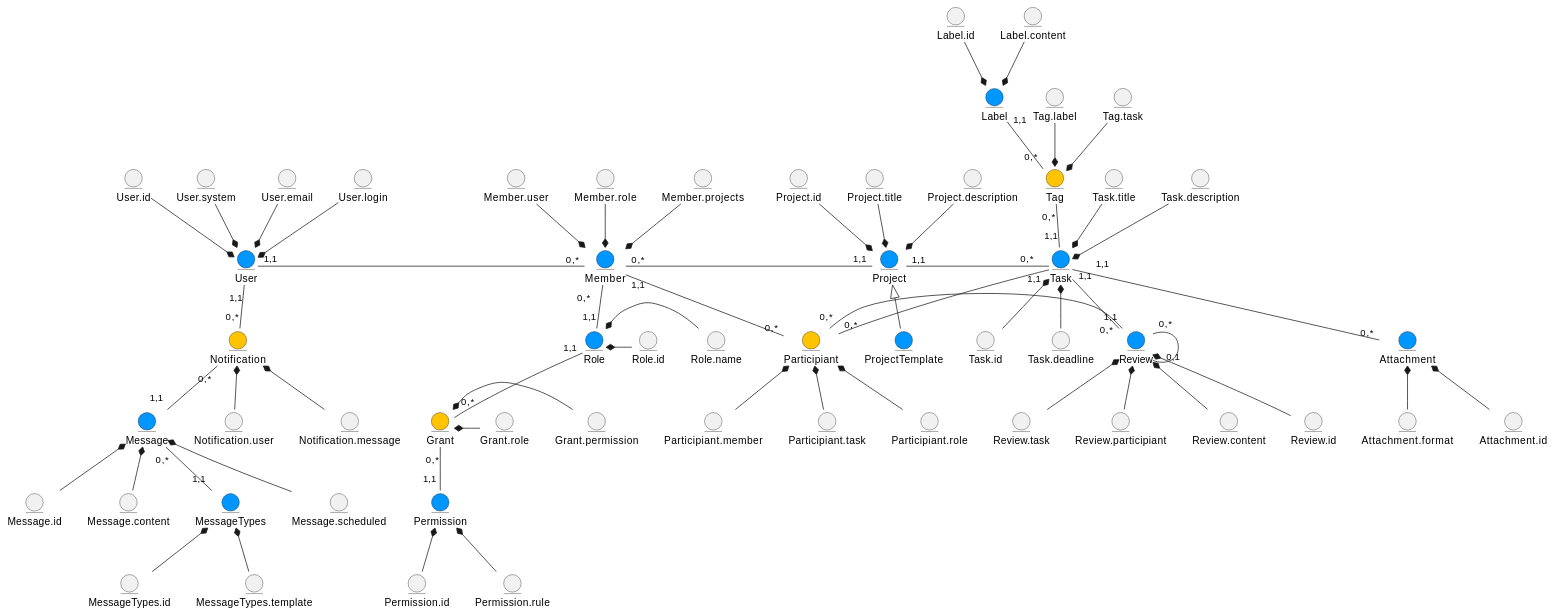
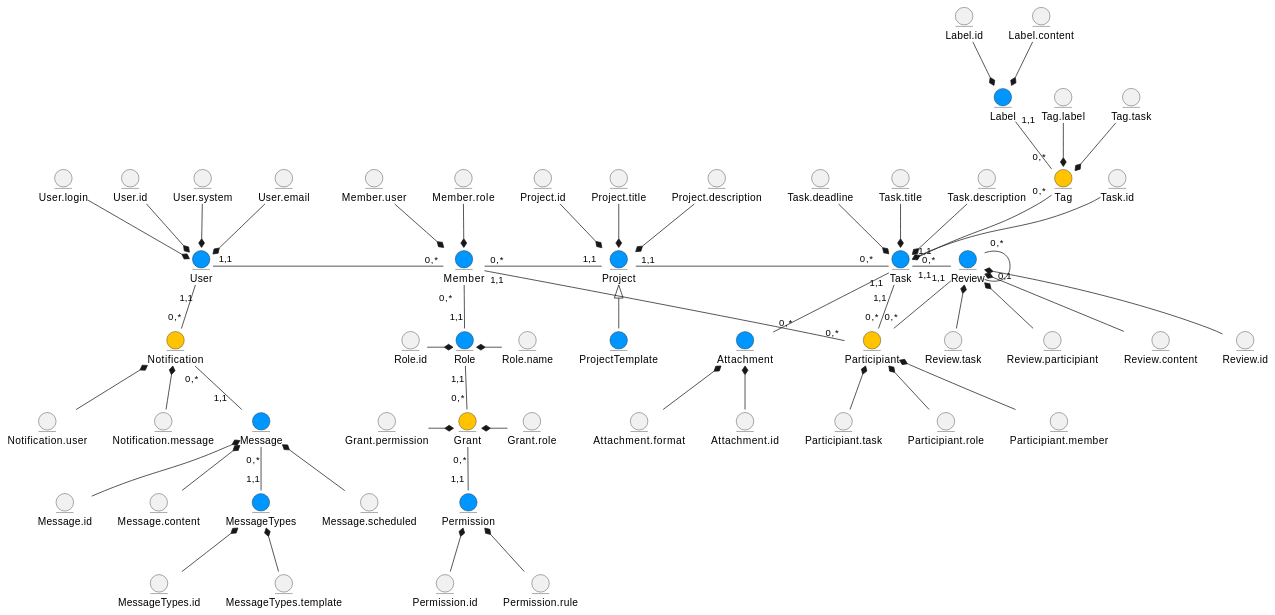
One commit to boldak/edu-db-cw changed the diagram in docs/design/README.md. Above: the diagram before and after it, drawn with PlantUML.

Commit message:
Refactor

```diff
--- a/docs/design/README.md
+++ b/docs/design/README.md
@@ -28,7 +28,6 @@
   
   entity Member.user
   entity Member.role
-  entity Member.projects
   
   entity Role.id
   entity Role.name
@@ -65,13 +64,12 @@
   
   Member.user -d-* Member
   Member.role -d-* Member
-  Member.projects -d-* Member
   
-  Role.id -l-* Role
+  Role.id -r-* Role
   Role.name -l-* Role
   
   Grant.role -l-* Grant
-  Grant.permission -l-* Grant
+  Grant.permission -r-* Grant
   
   Permission.id -u-* Permission
   Permission.rule -u-* Permission
@@ -123,7 +121,7 @@
   Tag "0,*"-d-"1,1" Task
   Task "       1,1"-d-"0,*" Attachment
   Task "1,1"-r-"0,*    " Review
-  Participiant "0,*"-r-"1,1" Review
+  Participiant "0,*"-u-"1,1" Review
   Review "0,*"-"   0,1" Review
   Task "0,*    "-l-"1,1" Project
   Task "       1,1 "-d-"0,*" Participiant
@@ -137,8 +135,8 @@
   Tag.label -d-* Tag
   Tag.task -d-* Tag
   
-  Task.id -u-* Task
-  Task.deadline -u-* Task
+  Task.id -d-* Task
+  Task.deadline -d-* Task
   Task.title -d-* Task
   Task.description -d-* Task
   
```
